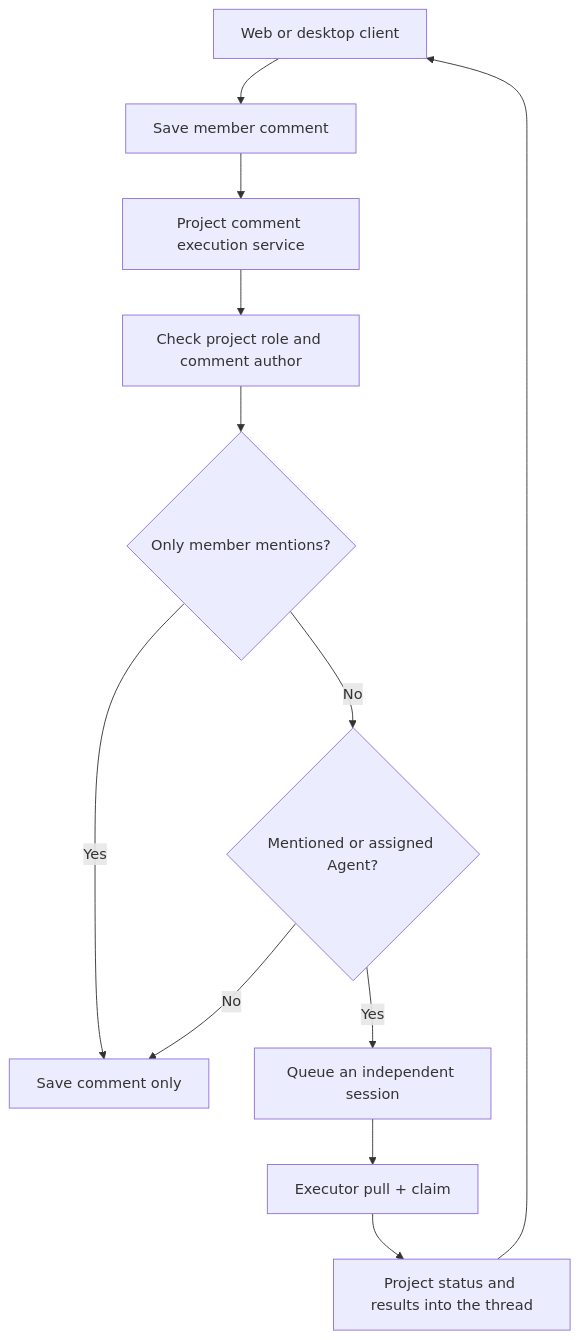
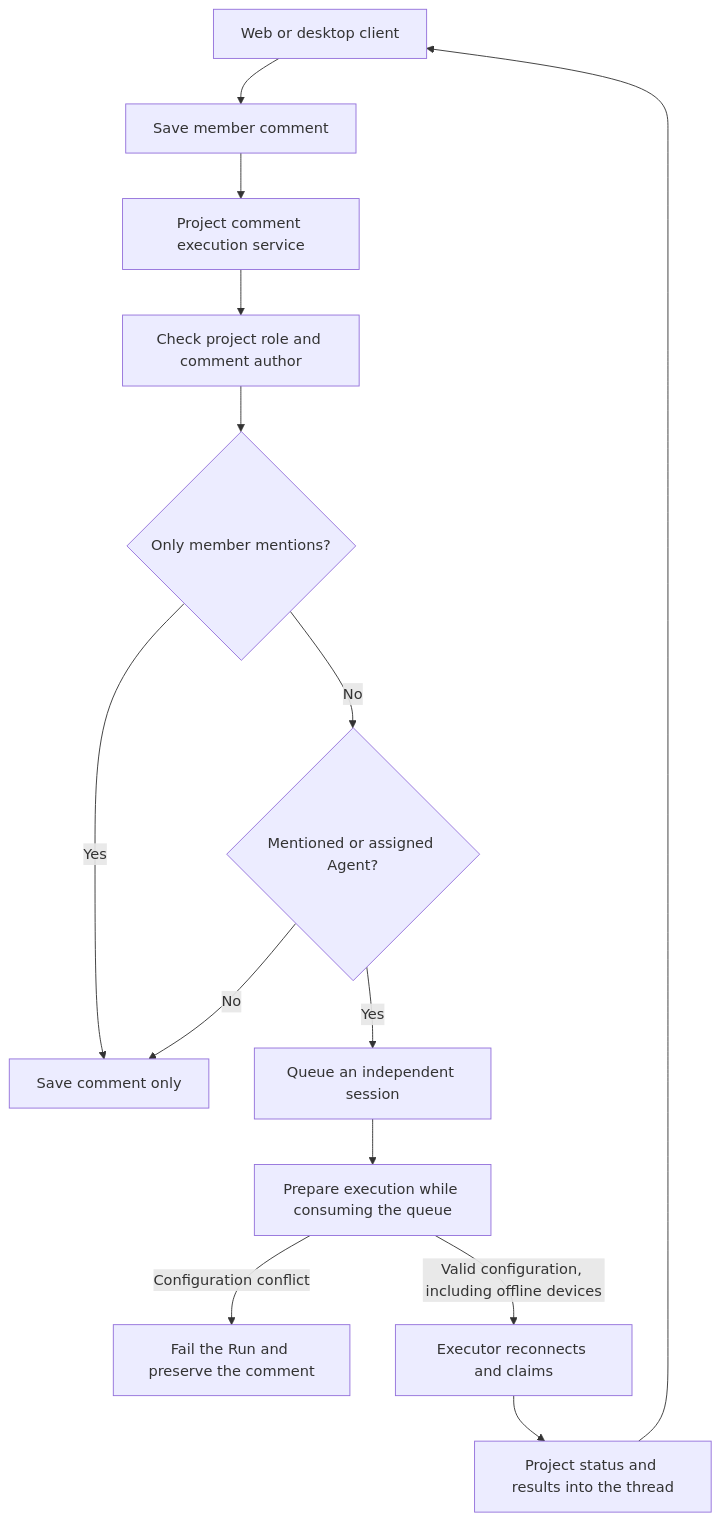
The third of 4 diagrams in docs/en/wegent/developer-guide/cloud-project-collaboration.md (wecode-ai/Wegent), drawn with Mermaid before and after one commit. The commit also changed other lines of this file and 26 other files, not shown here.

````diff
--- a/docs/en/wegent/developer-guide/cloud-project-collaboration.md
+++ b/docs/en/wegent/developer-guide/cloud-project-collaboration.md
@@ -328,14 +328,16 @@
 ```mermaid
 flowchart TD
     UI[Web or desktop client] --> Save[Save member comment]
     Save --> Execute[Project comment execution service]
     Execute --> Auth[Check project role and comment author]
     Auth --> Human{Only member mentions?}
     Human -->|Yes| Comment[Save comment only]
     Human -->|No| Agent{Mentioned or assigned Agent?}
     Agent -->|Yes| Queue[Queue an independent session]
     Agent -->|No| Comment
-    Queue --> Claim[Executor pull + claim]
+    Queue --> Prepare[Prepare execution while consuming the queue]
+    Prepare -->|Configuration conflict| Failed[Fail the Run and preserve the comment]
+    Prepare -->|Valid configuration, including offline devices| Claim[Executor reconnects and claims]
     Claim --> Activity[Project status and results into the thread]
     Activity --> UI
 ```
````
